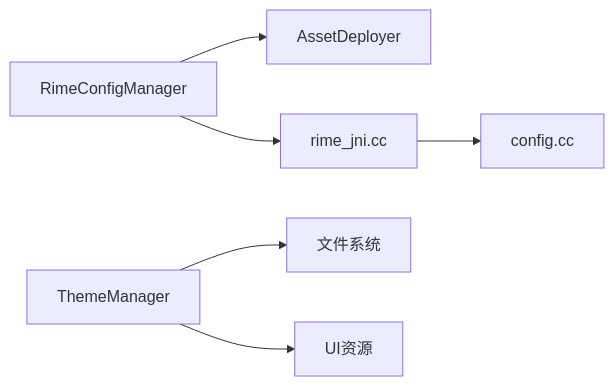
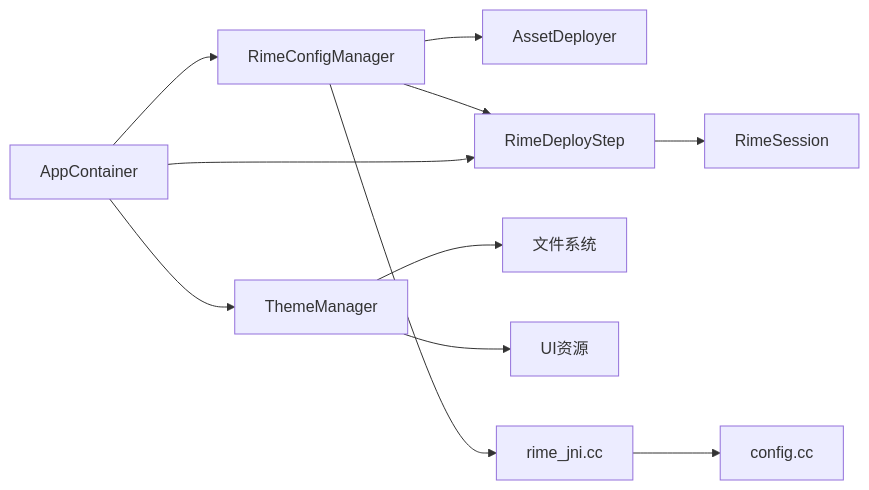
Before and after one commit to qiaodashaoye/ziyou-ime: the sixth of 6 diagrams in .qoder/repowiki/zh/content/配置管理/配置管理.md, drawn with Mermaid. The commit also changed other lines of this file and 7 other files, not shown here.

````diff
--- a/.qoder/repowiki/zh/content/配置管理/配置管理.md
+++ b/.qoder/repowiki/zh/content/配置管理/配置管理.md
@@ -246,8 +323,13 @@
 ```mermaid
 graph LR
 RCM["RimeConfigManager"] --> AD["AssetDeployer"]
+RCM --> RDS["RimeDeployStep"]
+RDS --> RS["RimeSession"]
+TM["ThemeManager"] --> FS["文件系统"]
+TM --> UI["UI资源"]
+AC["AppContainer"] --> RCM
+AC --> TM
+AC --> RDS
 RCM --> JNI["rime_jni.cc"]
 JNI --> CC["config.cc"]
-TM["ThemeManager"] --> FS["文件系统"]
-TM --> UI["UI资源"]
 ```
````
